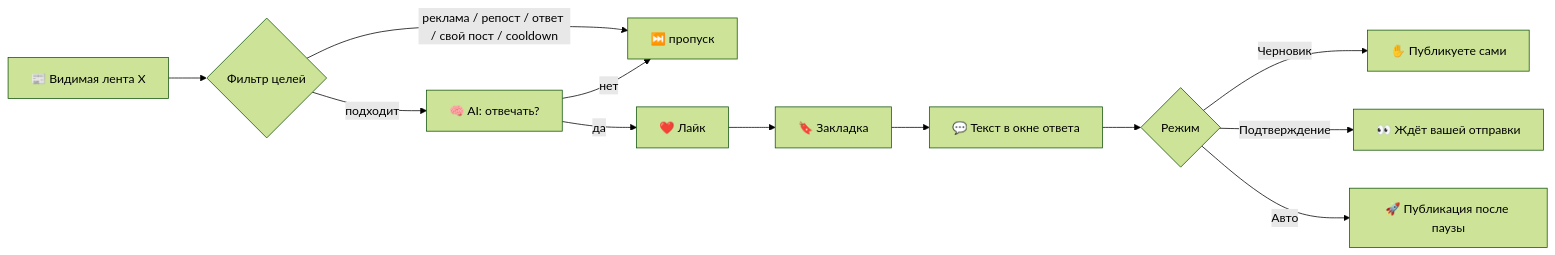
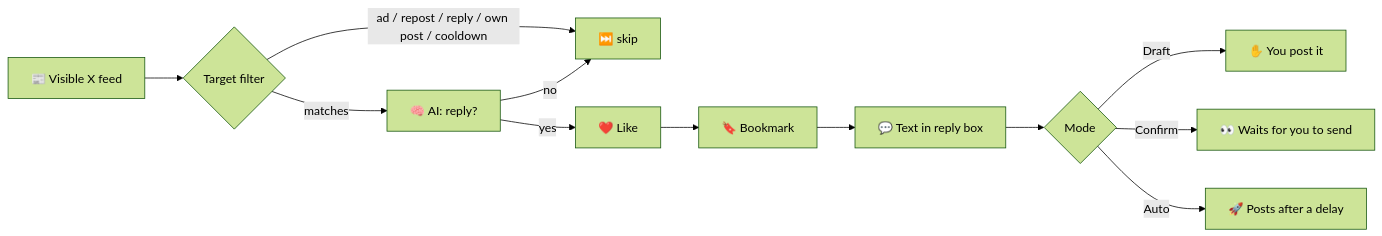
Before and after one commit to issatheblows/issa-autopilot: the diagram in README.md, drawn with Mermaid (forest theme). The commit also changed other lines of this file and 1 other file, not shown here.

````diff
--- a/README.md
+++ b/README.md
@@ -35,14 +37,14 @@
 ```mermaid
 flowchart LR
-    A[📰 Видимая лента X] --> B{Фильтр целей}
-    B -- реклама / репост / ответ / свой пост / cooldown --> X[⏭️ пропуск]
-    B -- подходит --> C[🧠 AI: отвечать?]
-    C -- нет --> X
-    C -- да --> D[❤️ Лайк]
-    D --> E[🔖 Закладка]
-    E --> F[💬 Текст в окне ответа]
-    F --> G{Режим}
-    G -- Черновик --> H[✋ Публикуете сами]
-    G -- Подтверждение --> I[👀 Ждёт вашей отправки]
-    G -- Авто --> J[🚀 Публикация после паузы]
+    A[📰 Visible X feed] --> B{Target filter}
+    B -- ad / repost / reply / own post / cooldown --> X[⏭️ skip]
+    B -- matches --> C[🧠 AI: reply?]
+    C -- no --> X
+    C -- yes --> D[❤️ Like]
+    D --> E[🔖 Bookmark]
+    E --> F[💬 Text in reply box]
+    F --> G{Mode}
+    G -- Draft --> H[✋ You post it]
+    G -- Confirm --> I[👀 Waits for you to send]
+    G -- Auto --> J[🚀 Posts after a delay]
 ```
````
